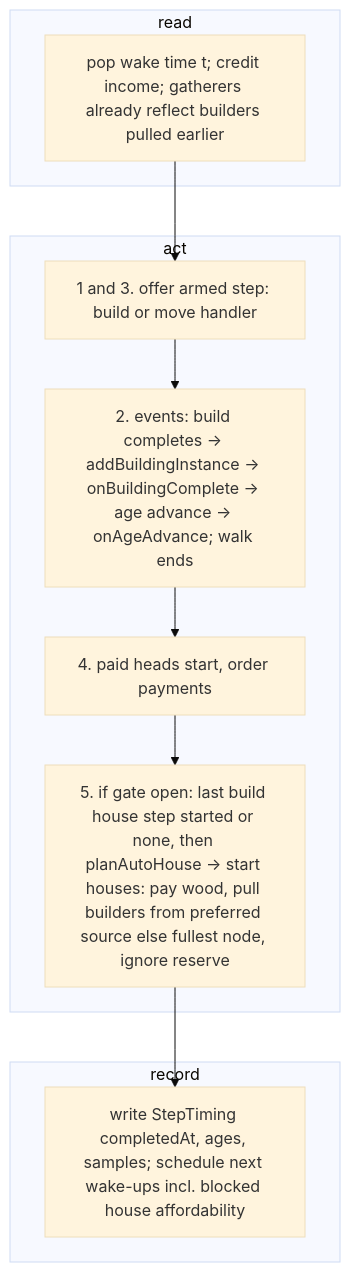
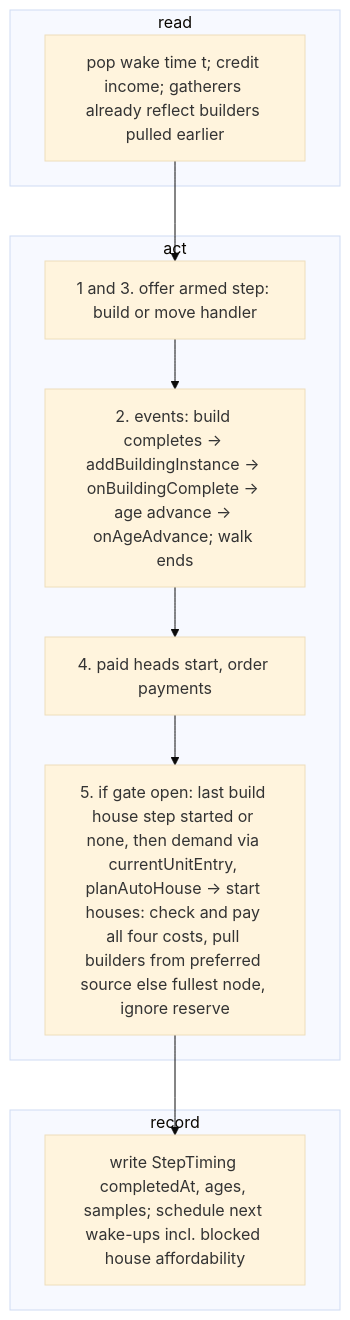
One commit to NicholasKChoi/WOTR_Combat_Simulator changed the first of 2 diagrams in projects/strategy-game-sim/tickets/SGS-031-aoe4-build-move-ages.md. Above: the diagram before and after it, drawn with Mermaid (base theme). The commit also changed other lines of this file and 40 other files, not shown here.

````diff
--- a/projects/strategy-game-sim/tickets/SGS-031-aoe4-build-move-ages.md
+++ b/projects/strategy-game-sim/tickets/SGS-031-aoe4-build-move-ages.md
@@ -65,15 +76,15 @@
 ```mermaid
 flowchart TD
   subgraph read
     A[pop wake time t; credit income; gatherers already reflect builders pulled earlier]
   end
   subgraph act
     A --> B[1 and 3. offer armed step: build or move handler]
     B --> C[2. events: build completes -> addBuildingInstance -> onBuildingComplete -> age advance -> onAgeAdvance; walk ends]
     C --> D[4. paid heads start, order payments]
-    D --> E[5. if gate open: last build house step started or none, then planAutoHouse -> start houses: pay wood, pull builders from preferred source else fullest node, ignore reserve]
+    D --> E[5. if gate open: last build house step started or none, then demand via currentUnitEntry, planAutoHouse -> start houses: check and pay all four costs, pull builders from preferred source else fullest node, ignore reserve]
   end
   subgraph record
     E --> F[write StepTiming completedAt, ages, samples; schedule next wake-ups incl. blocked house affordability]
   end
 ```
````
